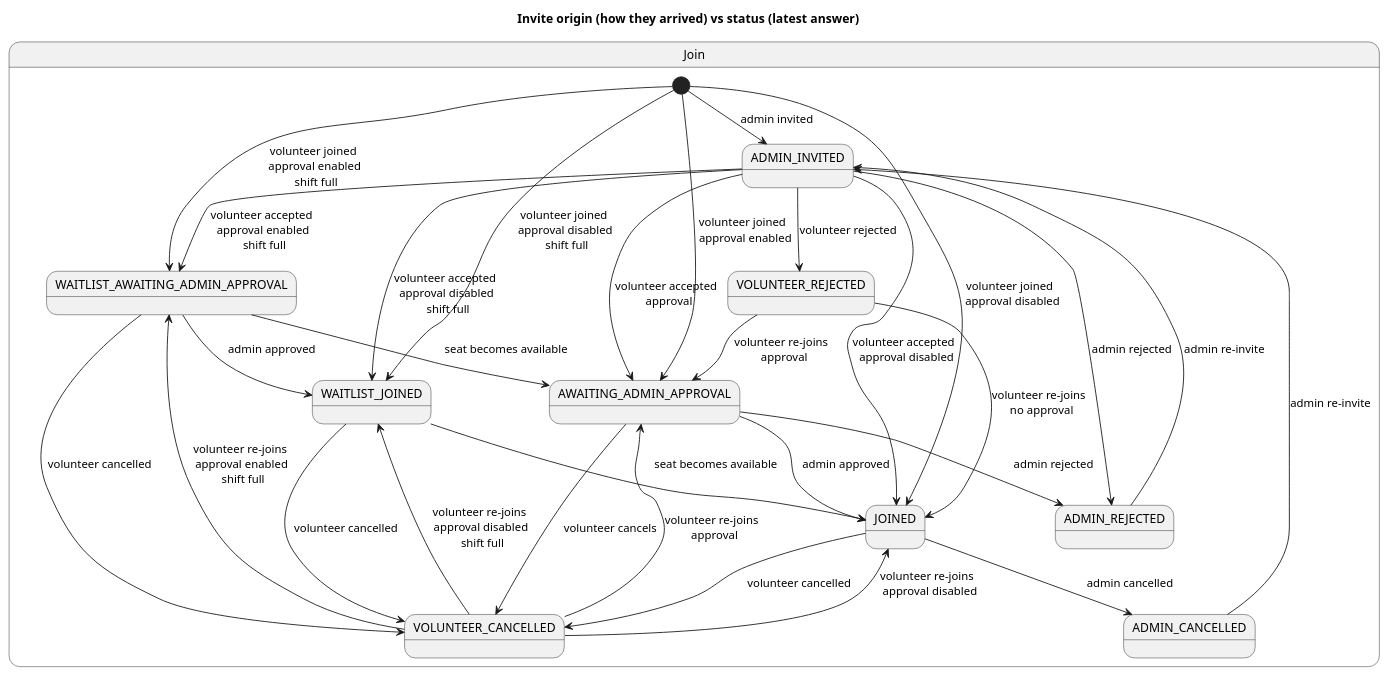
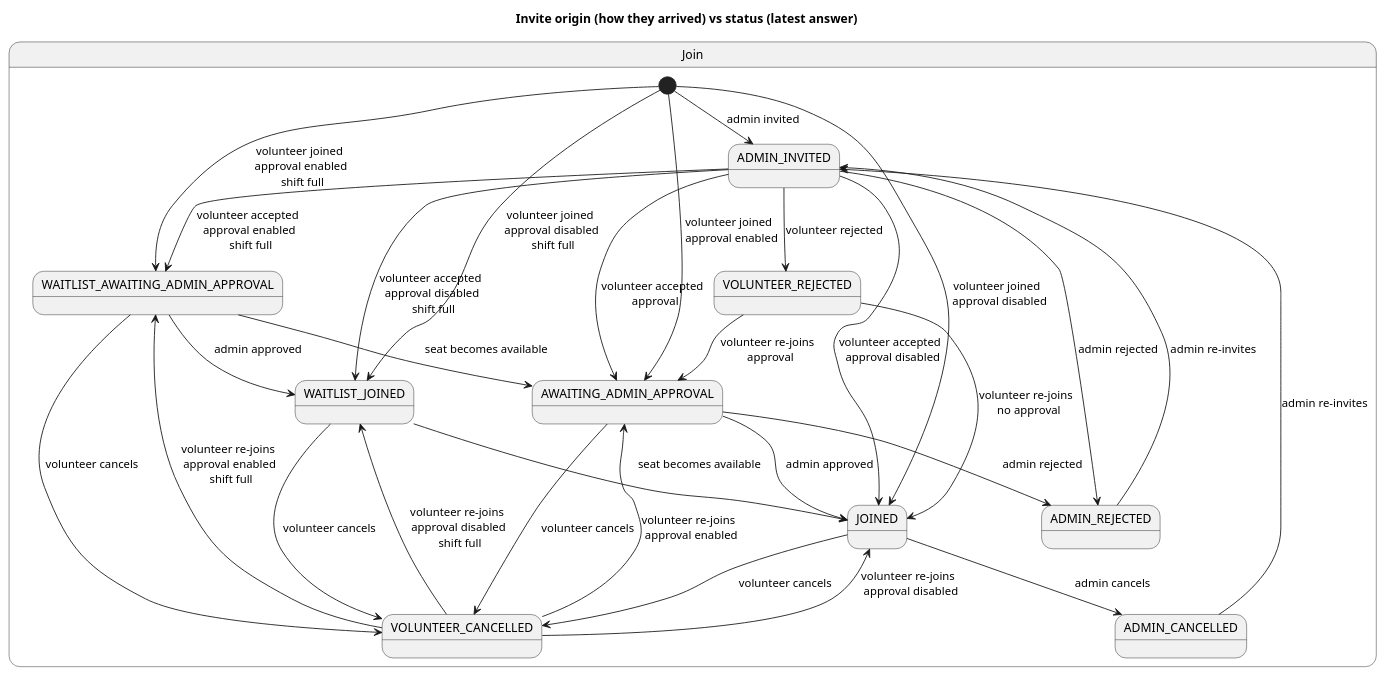
The diagram in models/Invite-states.plantuml (holi-social/caluno), drawn with PlantUML before and after one commit.

Commit message:
model: unify naming state transitions

```diff
--- a/models/Invite-states.plantuml
+++ b/models/Invite-states.plantuml
@@ -1,48 +1,48 @@
 @startuml InviteOriginStatusModel
 
 title Invite origin (how they arrived) vs status (latest answer)
 
 'state "origin" as Origin {
 '  [*] --> ORIGIN_ADMIN_INVITED : admin invite
 '  [*] --> ORIGIN_VOLUNTEER_JOINED : open join
 '}
 
 state "Join" as Join {
 [*] --> ADMIN_INVITED : admin invited
 [*] --> AWAITING_ADMIN_APPROVAL : volunteer joined \n approval enabled
 [*] ---> JOINED : volunteer joined \n approval disabled
 AWAITING_ADMIN_APPROVAL --> JOINED : admin approved
 AWAITING_ADMIN_APPROVAL --> ADMIN_REJECTED : admin rejected
 AWAITING_ADMIN_APPROVAL --> VOLUNTEER_CANCELLED : volunteer cancels
 ADMIN_INVITED --> JOINED : volunteer accepted \n approval disabled
 ADMIN_INVITED --> AWAITING_ADMIN_APPROVAL : volunteer accepted \n approval
 ADMIN_INVITED --> VOLUNTEER_REJECTED : volunteer rejected
 VOLUNTEER_REJECTED --> AWAITING_ADMIN_APPROVAL : volunteer re-joins \n approval
 VOLUNTEER_REJECTED --> JOINED : volunteer re-joins \n no approval
 ADMIN_INVITED --> ADMIN_REJECTED : admin rejected
-JOINED --> VOLUNTEER_CANCELLED : volunteer cancelled
-JOINED --> ADMIN_CANCELLED : admin cancelled
+JOINED --> VOLUNTEER_CANCELLED : volunteer cancels
+JOINED --> ADMIN_CANCELLED : admin cancels
 
 [*] --> WAITLIST_AWAITING_ADMIN_APPROVAL : volunteer joined \n approval enabled \n shift full
 WAITLIST_AWAITING_ADMIN_APPROVAL --> WAITLIST_JOINED : admin approved
 WAITLIST_AWAITING_ADMIN_APPROVAL --> AWAITING_ADMIN_APPROVAL : seat becomes available
 WAITLIST_JOINED --> JOINED : seat becomes available
 
 [*] --> WAITLIST_JOINED : volunteer joined \n approval disabled \n shift full
 
 ADMIN_INVITED --> WAITLIST_AWAITING_ADMIN_APPROVAL : volunteer accepted \n approval enabled \n shift full
 ADMIN_INVITED --> WAITLIST_JOINED : volunteer accepted \n approval disabled \n shift full
 
-WAITLIST_JOINED --> VOLUNTEER_CANCELLED : volunteer cancelled
-WAITLIST_AWAITING_ADMIN_APPROVAL --> VOLUNTEER_CANCELLED : volunteer cancelled
+WAITLIST_JOINED --> VOLUNTEER_CANCELLED : volunteer cancels
+WAITLIST_AWAITING_ADMIN_APPROVAL --> VOLUNTEER_CANCELLED : volunteer cancels
 
 VOLUNTEER_CANCELLED -up-> JOINED : volunteer re-joins \n approval disabled
-VOLUNTEER_CANCELLED -up-> AWAITING_ADMIN_APPROVAL : volunteer re-joins \n approval
+VOLUNTEER_CANCELLED -up-> AWAITING_ADMIN_APPROVAL : volunteer re-joins \n approval enabled
 VOLUNTEER_CANCELLED -up-> WAITLIST_JOINED : volunteer re-joins \n approval disabled \n shift full
 VOLUNTEER_CANCELLED -up-> WAITLIST_AWAITING_ADMIN_APPROVAL : volunteer re-joins \n approval enabled \n shift full
 
-ADMIN_REJECTED -up-> ADMIN_INVITED : admin re-invite
-ADMIN_CANCELLED -up-> ADMIN_INVITED : admin re-invite
+ADMIN_REJECTED -up-> ADMIN_INVITED : admin re-invites
+ADMIN_CANCELLED -up-> ADMIN_INVITED : admin re-invites
 }
 
 @enduml
```
